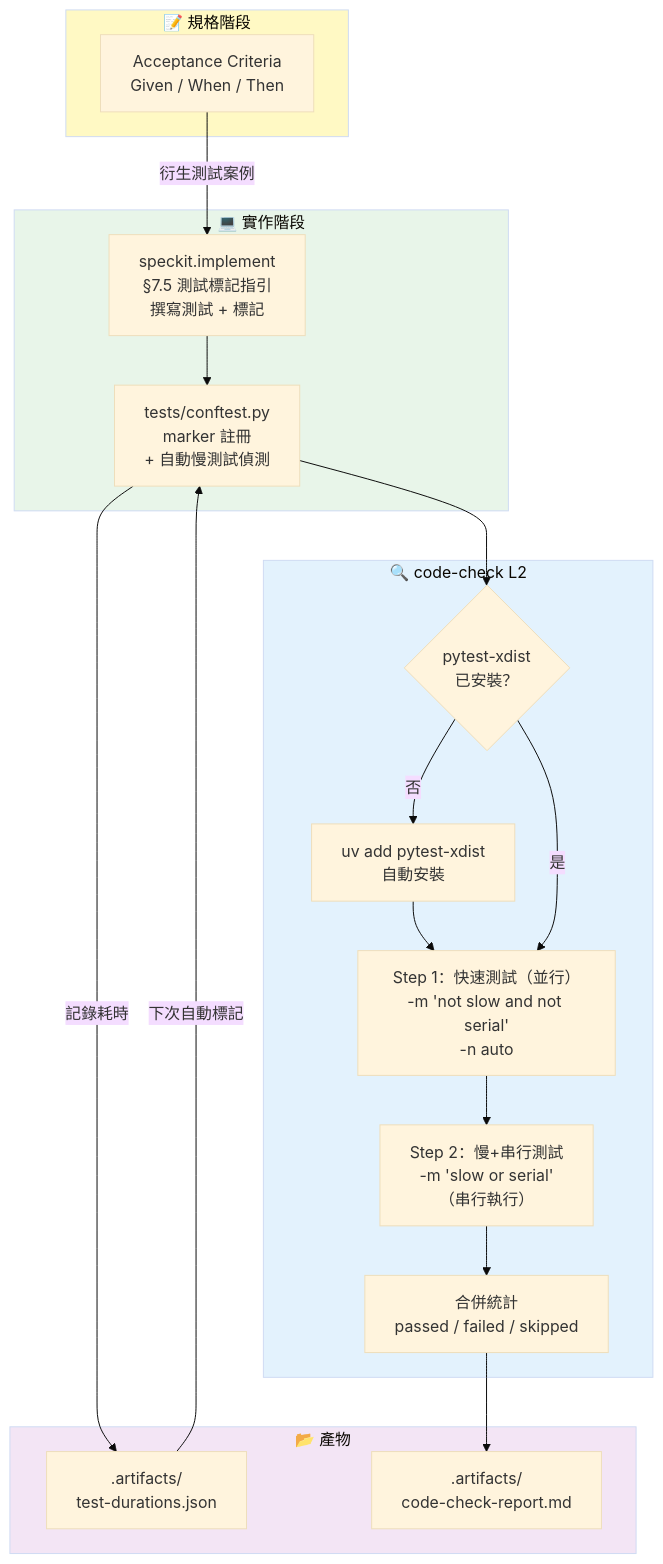
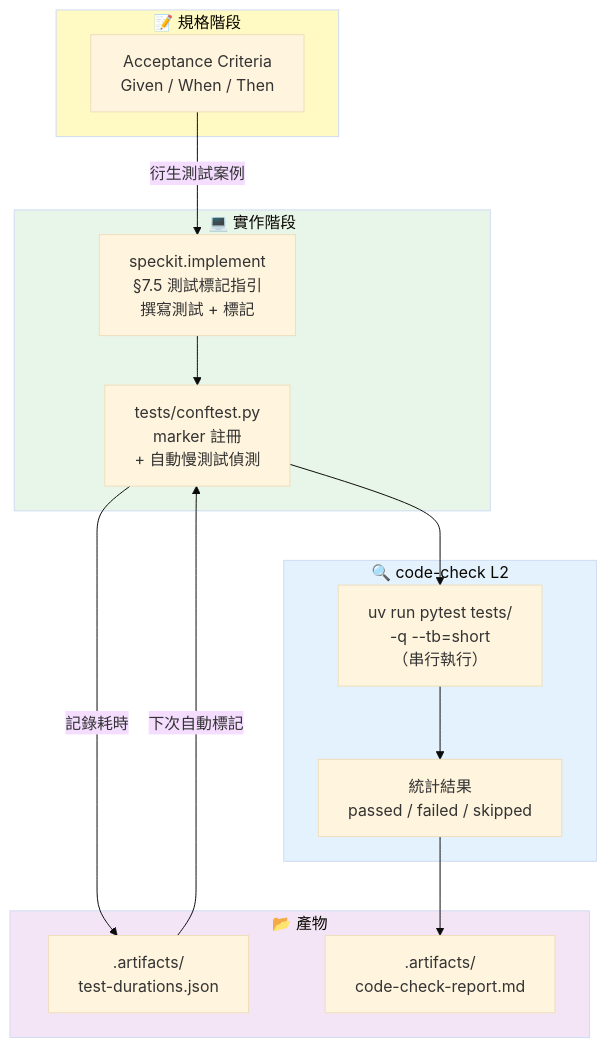
One commit to Andre0923/TaiwanMarketTimeMachine changed the tenth of 14 diagrams in docs/77.flowkit相關文件/SDD開發流程圖.md. Above: the diagram before and after it, drawn with Mermaid (base theme). The commit also changed 44 other files, not shown here.

Commit message:
chore: 升級至完整 SpecKit + FlowKit 套件 (2026-03-12)

````diff
--- a/docs/77.flowkit相關文件/SDD開發流程圖.md
+++ b/docs/77.flowkit相關文件/SDD開發流程圖.md
@@ -480,41 +480,34 @@
 ```mermaid
 flowchart TD
     subgraph Spec["📝 規格階段"]
         AC["Acceptance Criteria<br/>Given / When / Then"]
     end
 
     subgraph Implement["💻 實作階段"]
         WRITE_TEST["speckit.implement<br/>§7.5 測試標記指引<br/>撰寫測試 + 標記"]
         CONFTEST["tests/conftest.py<br/>marker 註冊<br/>+ 自動慢測試偵測"]
     end
 
     subgraph CodeCheck["🔍 code-check L2"]
-        XDIST_CHECK{"pytest-xdist<br/>已安裝？"}
-        INSTALL["uv add pytest-xdist<br/>自動安裝"]
-        STEP1["Step 1：快速測試（並行）<br/>-m 'not slow and not serial'<br/>-n auto"]
-        STEP2["Step 2：慢+串行測試<br/>-m 'slow or serial'<br/>（串行執行）"]
-        MERGE["合併統計<br/>passed / failed / skipped"]
+        RUN_TESTS["uv run pytest tests/<br/>-q --tb=short<br/>（串行執行）"]
+        MERGE["統計結果<br/>passed / failed / skipped"]
     end
 
     subgraph Artifacts["📂 產物"]
         DURATIONS[".artifacts/<br/>test-durations.json"]
         REPORT[".artifacts/<br/>code-check-report.md"]
     end
 
     AC -->|"衍生測試案例"| WRITE_TEST
     WRITE_TEST --> CONFTEST
-    CONFTEST --> XDIST_CHECK
-    XDIST_CHECK -->|否| INSTALL
-    INSTALL --> STEP1
-    XDIST_CHECK -->|是| STEP1
-    STEP1 --> STEP2
-    STEP2 --> MERGE
+    CONFTEST --> RUN_TESTS
+    RUN_TESTS --> MERGE
     MERGE --> REPORT
     CONFTEST -->|"記錄耗時"| DURATIONS
     DURATIONS -->|"下次自動標記"| CONFTEST
 
     style Spec fill:#fff9c4
     style Implement fill:#e8f5e9
     style CodeCheck fill:#e3f2fd
     style Artifacts fill:#f3e5f5
 ```
````
